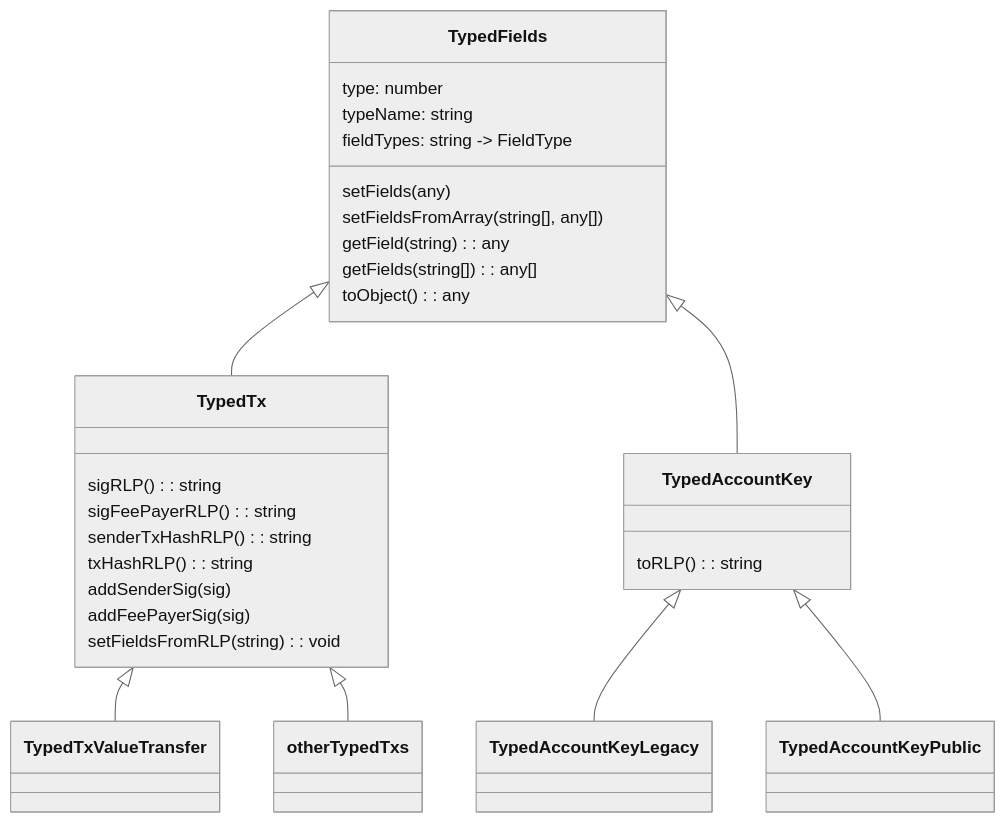
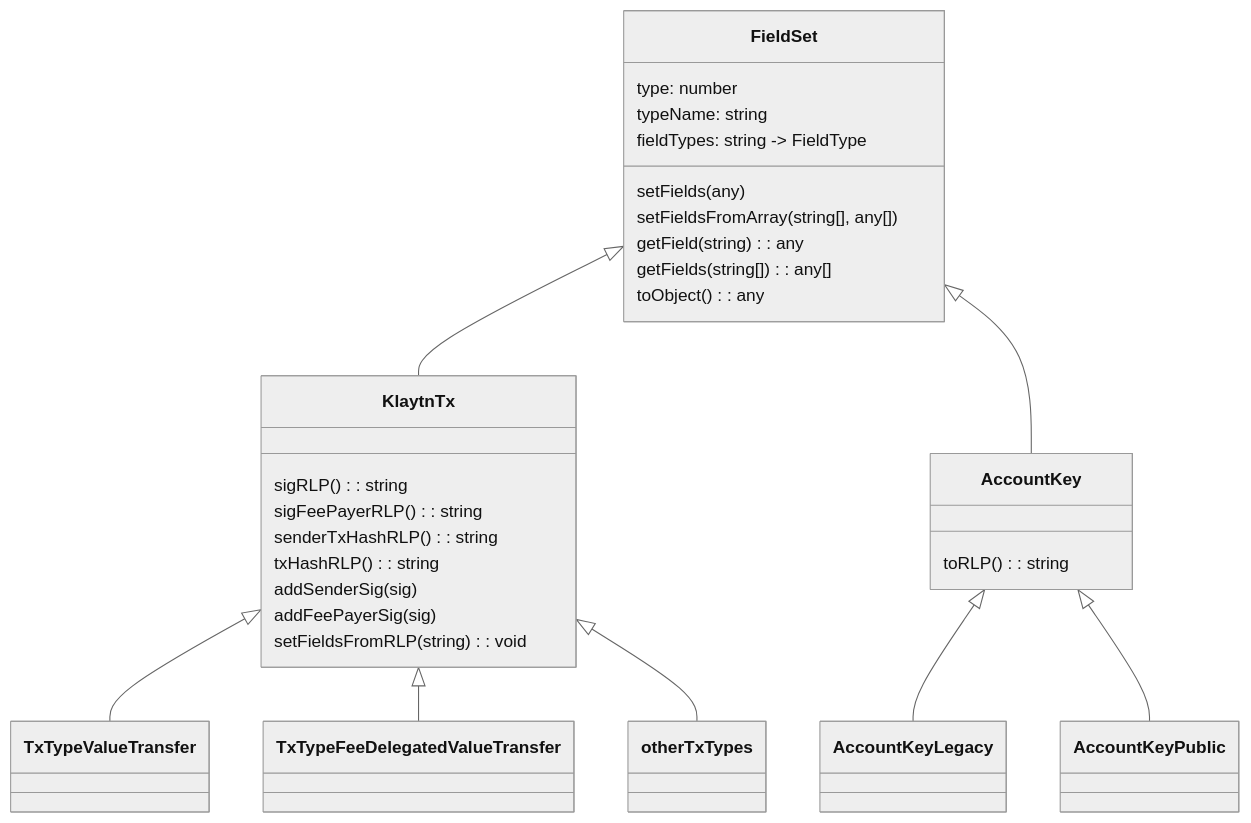
Before and after one commit to blukat29/klaytn-sdk-design: the second of 4 diagrams in README.md, drawn with Mermaid (neutral theme). The commit also changed other lines of this file, not shown here.

````diff
--- a/README.md
+++ b/README.md
@@ -82,31 +82,32 @@
 ```mermaid  
 classDiagram
-  TypedFields <|-- TypedTx
-  TypedTx <|-- TypedTxValueTransfer
-  TypedTx <|-- other TypedTxs
-  TypedFields <|-- TypedAccountKey
-  TypedAccountKey <|-- TypedAccountKeyLegacy
-  TypedAccountKey <|-- TypedAccountKeyPublic
-  class TypedFields {
+  FieldSet <|-- KlaytnTx
+  KlaytnTx <|-- TxTypeValueTransfer
+  KlaytnTx <|-- TxTypeFeeDelegatedValueTransfer
+  KlaytnTx <|-- other TxTypes
+  FieldSet <|-- AccountKey
+  AccountKey <|-- AccountKeyLegacy
+  AccountKey <|-- AccountKeyPublic
+  class FieldSet {
     type: number
     typeName: string
     fieldTypes: string -> FieldType
     setFields(any)
     setFieldsFromArray( string[], any[] )
     getField( string ): any
     getFields( string[] ): any[]
     toObject(): any
   }
-  class TypedTx {
+  class KlaytnTx {
     sigRLP(): string
     sigFeePayerRLP(): string
     senderTxHashRLP(): string
     txHashRLP(): string
     addSenderSig(sig)
     addFeePayerSig(sig)
     setFieldsFromRLP(string): void
   }
-  class TypedAccountKey {
+  class AccountKey {
     toRLP(): string
   }
 ```
````
